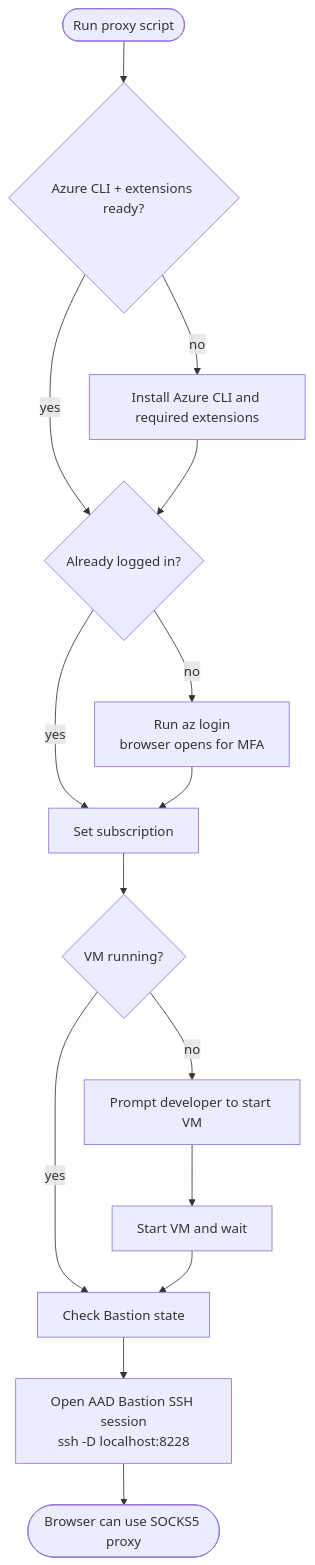
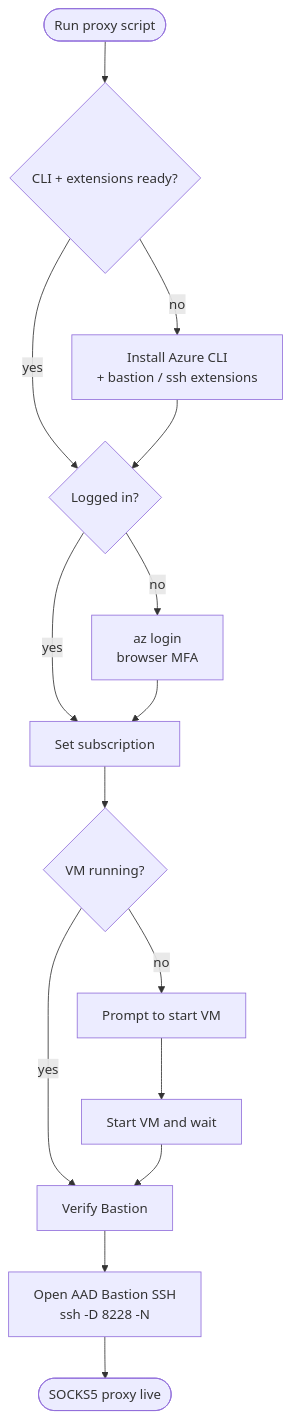
The third of 8 diagrams in README.md (bcgov/eo-dmi-alz-bastion-jumpbox), drawn with Mermaid before and after one commit. The commit also changed other lines of this file and 1 other file, not shown here.

````diff
--- a/README.md
+++ b/README.md
@@ -296,17 +127,17 @@
 ```mermaid
 flowchart TD
-  start([Run proxy script]) --> prereq{Azure CLI + extensions ready?}
-  prereq -- no --> install[Install Azure CLI and required extensions]
-  prereq -- yes --> login{Already logged in?}
+  start([Run proxy script]) --> prereq{CLI + extensions ready?}
+  prereq -- no --> install[Install Azure CLI<br/>+ bastion / ssh extensions]
+  prereq -- yes --> login{Logged in?}
   install --> login
-  login -- no --> browserLogin[Run az login<br/>browser opens for MFA]
-  login -- yes --> subscription[Set subscription]
-  browserLogin --> subscription
-  subscription --> vmState{VM running?}
-  vmState -- no --> prompt[Prompt developer to start VM]
+  login -- no --> browserLogin[az login<br/>browser MFA]
+  login -- yes --> sub[Set subscription]
+  browserLogin --> sub
+  sub --> vmState{VM running?}
+  vmState -- no --> prompt[Prompt to start VM]
   prompt --> startVm[Start VM and wait]
-  vmState -- yes --> bastionCheck[Check Bastion state]
+  vmState -- yes --> bastionCheck[Verify Bastion]
   startVm --> bastionCheck
-  bastionCheck --> socks[Open AAD Bastion SSH session<br/>ssh -D localhost:8228]
-  socks --> ready([Browser can use SOCKS5 proxy])
+  bastionCheck --> socks[Open AAD Bastion SSH<br/>ssh -D 8228 -N]
+  socks --> ready([SOCKS5 proxy live])
 ```
````
